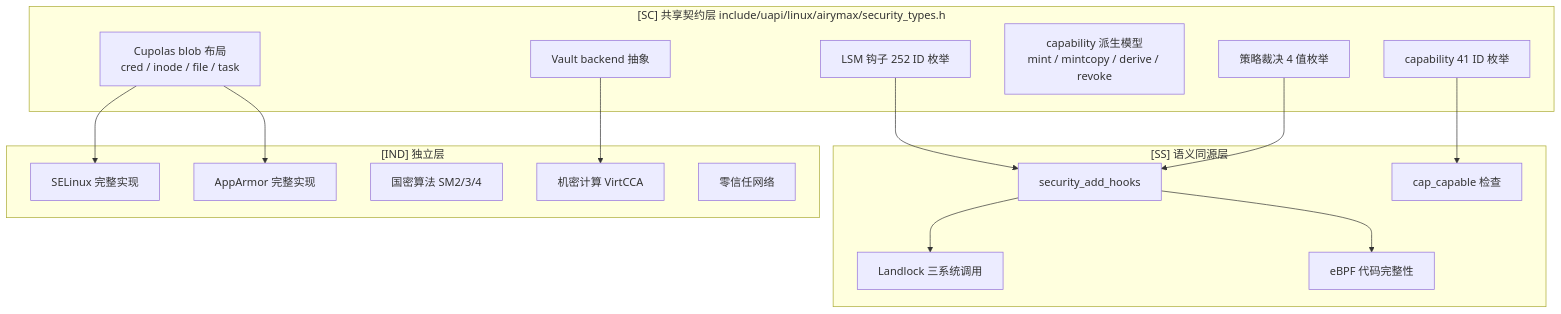
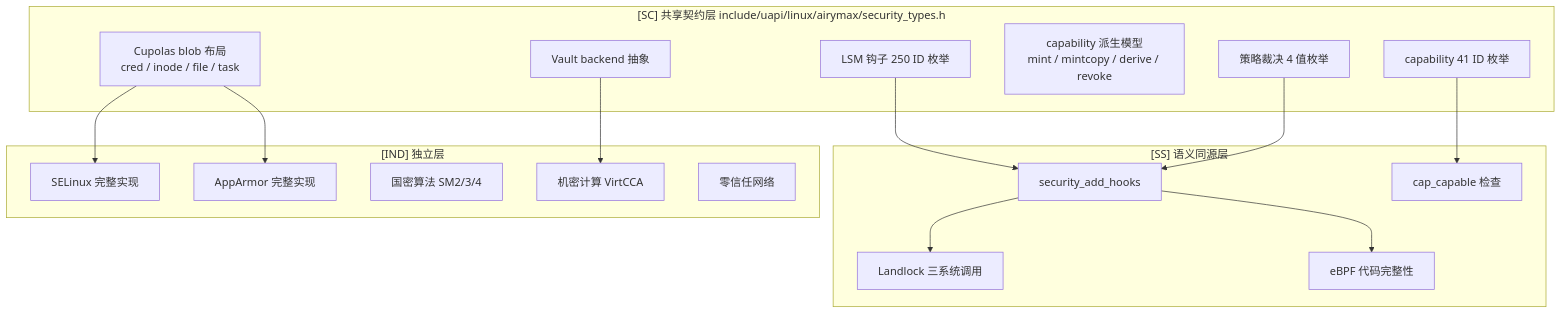
The first of 2 diagrams in 20-modules/03-security.md (openairymax/docs-linux), drawn with Mermaid before and after one commit. The commit also changed other lines of this file and 43 other files, not shown here.

````diff
--- a/20-modules/03-security.md
+++ b/20-modules/03-security.md
@@ -178,32 +178,32 @@
 ```mermaid
 graph TD
     subgraph SC["[SC] 共享契约层 include/uapi/linux/airymax/security_types.h"]
         CAP[capability 41 ID 枚举]
-        LSM[LSM 钩子 252 ID 枚举]
+        LSM[LSM 钩子 250 ID 枚举]
         BLOB[Cupolas blob 布局<br/>cred / inode / file / task]
         DERIVE[capability 派生模型<br/>mint / mintcopy / derive / revoke]
         VAULT[Vault backend 抽象]
         VERDICT[策略裁决 4 值枚举]
     end
     subgraph SS["[SS] 语义同源层"]
         SECHOOKS[security_add_hooks]
         LANDLOCK[Landlock 三系统调用]
         EBPFSIGN[eBPF 代码完整性]
         CAPCHECK[cap_capable 检查]
     end
     subgraph IND["[IND] 独立层"]
         SELINUX[SELinux 完整实现]
         APPARMOR[AppArmor 完整实现]
         CRYPTO[国密算法 SM2/3/4]
         CONFCOMP[机密计算 VirtCCA]
         ZEROTRUST[零信任网络]
     end
     CAP --> CAPCHECK
     LSM --> SECHOOKS
     BLOB --> SELINUX
     BLOB --> APPARMOR
     VAULT --> CONFCOMP
     VERDICT --> SECHOOKS
     SECHOOKS --> LANDLOCK
     SECHOOKS --> EBPFSIGN
 ```
````
